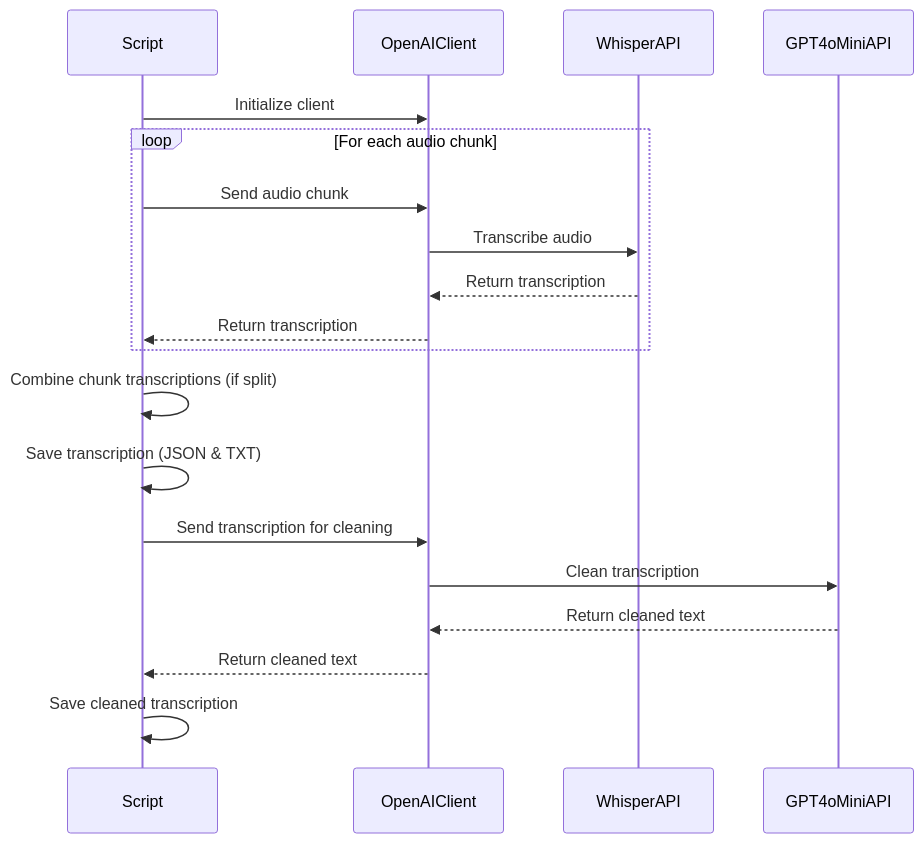
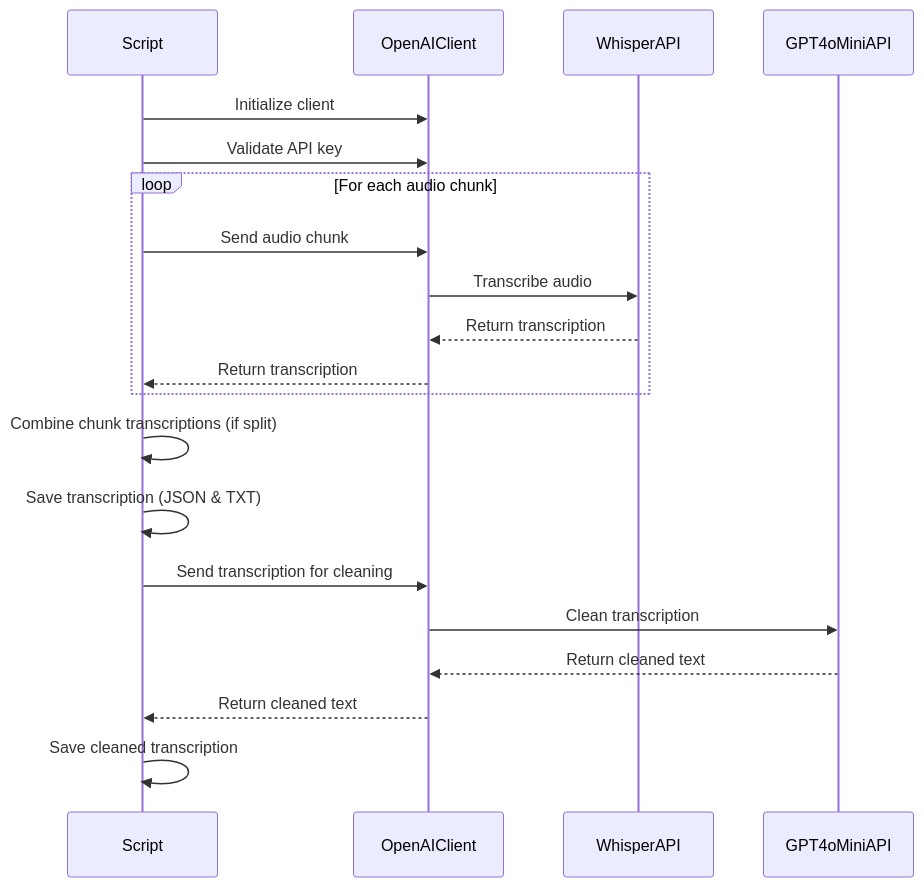
One commit to CaptainCodeAU/AudioScribe changed the fourth of 4 diagrams in README.md. Above: the diagram before and after it, drawn with Mermaid. The commit also changed other lines of this file and 1 other file, not shown here.

First line of the commit message:
Fix import statement for OpenAI error classes

````diff
--- a/README.md
+++ b/README.md
@@ -167,22 +169,23 @@
 ```mermaid
 sequenceDiagram
     participant Script
     participant OpenAIClient
     participant WhisperAPI
     participant GPT4oMiniAPI
 
     Script->>OpenAIClient: Initialize client
+    Script->>OpenAIClient: Validate API key
     loop For each audio chunk
         Script->>OpenAIClient: Send audio chunk
         OpenAIClient->>WhisperAPI: Transcribe audio
         WhisperAPI-->>OpenAIClient: Return transcription
         OpenAIClient-->>Script: Return transcription
     end
     Script->>Script: Combine chunk transcriptions (if split)
     Script->>Script: Save transcription (JSON & TXT)
     Script->>OpenAIClient: Send transcription for cleaning
     OpenAIClient->>GPT4oMiniAPI: Clean transcription
     GPT4oMiniAPI-->>OpenAIClient: Return cleaned text
     OpenAIClient-->>Script: Return cleaned text
     Script->>Script: Save cleaned transcription
 ```
````
